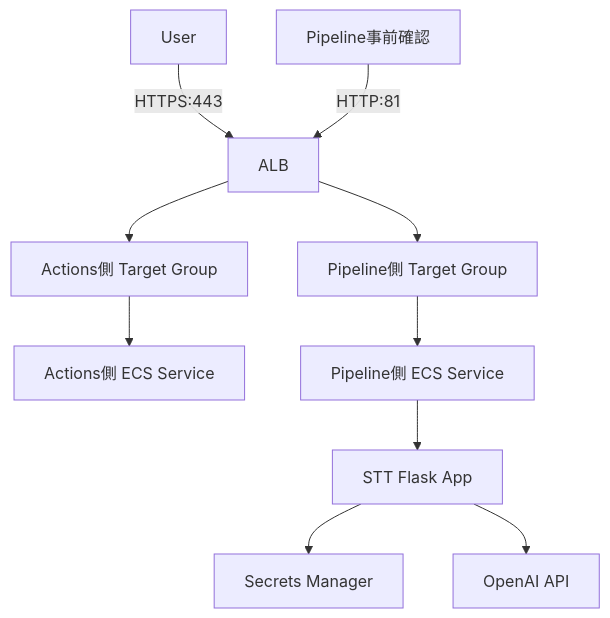
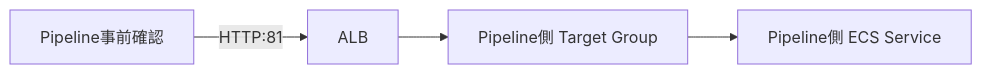
The second of 4 diagrams in projects/stt-ecs-cicd-migration/architecture.md (qp-git/engineer-portfolio), drawn with Mermaid before and after one commit. The commit also changed other lines of this file, not shown here.

Commit message:
docs: simplify STT ECS migration architecture flow

````diff
--- a/projects/stt-ecs-cicd-migration/architecture.md
+++ b/projects/stt-ecs-cicd-migration/architecture.md
@@ -35,13 +32,6 @@
 ```mermaid
-flowchart TB
-    User[User] -->|HTTPS:443| ALB[ALB]
-    ALB --> ActionsTG[Actions側 Target Group]
-    ActionsTG --> ActionsSvc[Actions側 ECS Service]
-
-    Validator[Pipeline事前確認] -->|HTTP:81| ALB
+flowchart LR
+    Check[Pipeline事前確認] -->|HTTP:81| ALB[ALB]
     ALB --> PipelineTG[Pipeline側 Target Group]
     PipelineTG --> PipelineSvc[Pipeline側 ECS Service]
-    PipelineSvc --> App[STT Flask App]
-    App --> Secrets[Secrets Manager]
-    App --> OpenAI[OpenAI API]
 ```
````
